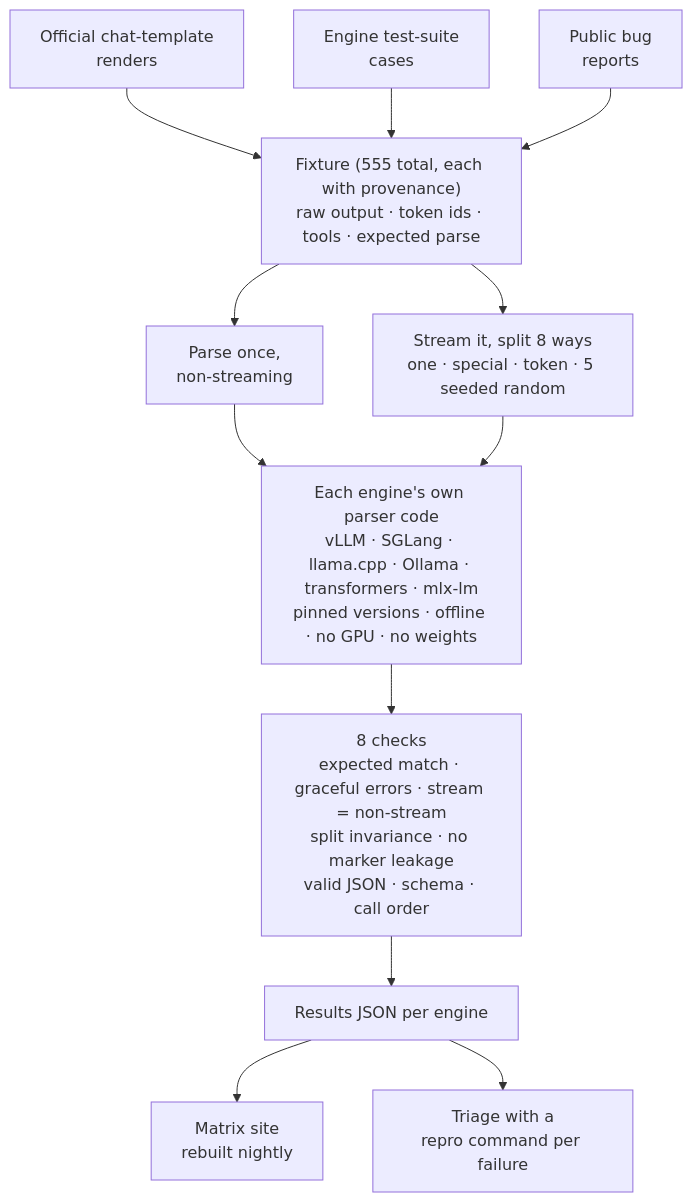
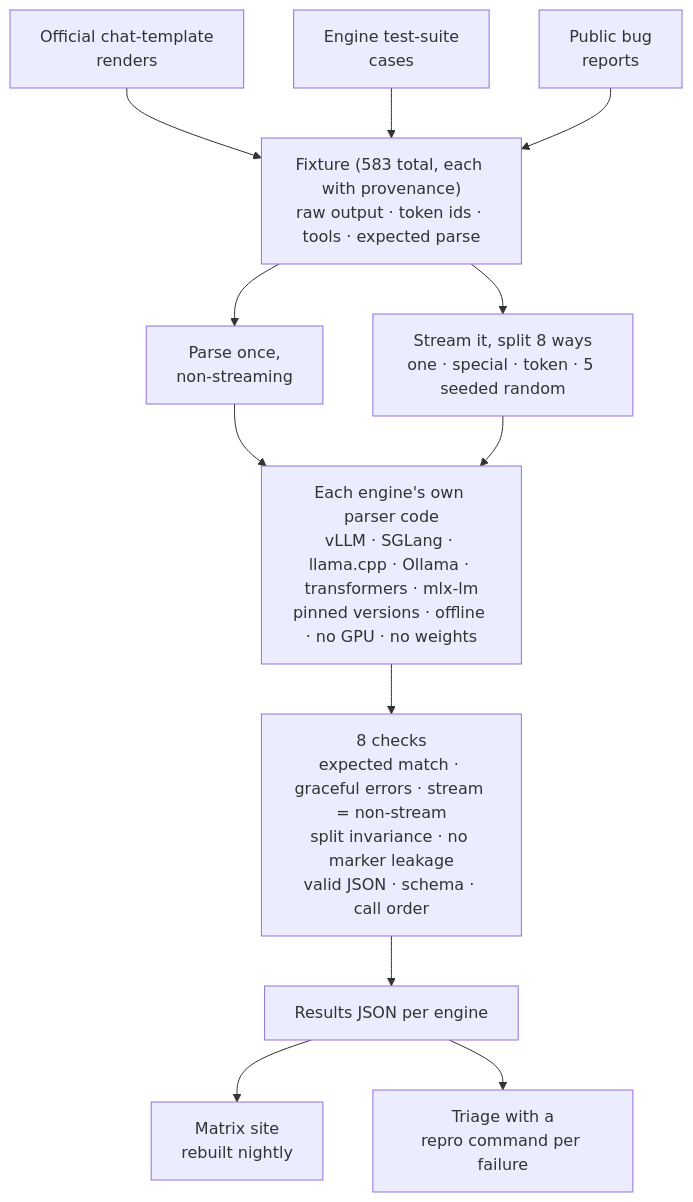
The second of 3 diagrams in README.md (redd34/canitoolcall), drawn with Mermaid before and after one commit. The commit also changed other lines of this file and 14 other files, not shown here.

````diff
--- a/README.md
+++ b/README.md
@@ -75,15 +75,15 @@
 ```mermaid
 flowchart TB
     T["Official chat-template<br/>renders"] --> F
     E["Engine test-suite<br/>cases"] --> F
     B["Public bug<br/>reports"] --> F
-    F["Fixture (555 total, each with provenance)<br/>raw output · token ids · tools · expected parse"]
+    F["Fixture (583 total, each with provenance)<br/>raw output · token ids · tools · expected parse"]
     F --> N["Parse once,<br/>non-streaming"]
     F --> K["Stream it, split 8 ways<br/>one · special · token · 5 seeded random"]
     N --> P["Each engine's own parser code<br/>vLLM · SGLang · llama.cpp · Ollama · transformers · mlx-lm<br/>pinned versions · offline · no GPU · no weights"]
     K --> P
     P --> CH["8 checks<br/>expected match · graceful errors · stream = non-stream<br/>split invariance · no marker leakage<br/>valid JSON · schema · call order"]
     CH --> RS["Results JSON per engine"]
     RS --> MX["Matrix site<br/>rebuilt nightly"]
     RS --> TR["Triage with a<br/>repro command per failure"]
 ```
````
